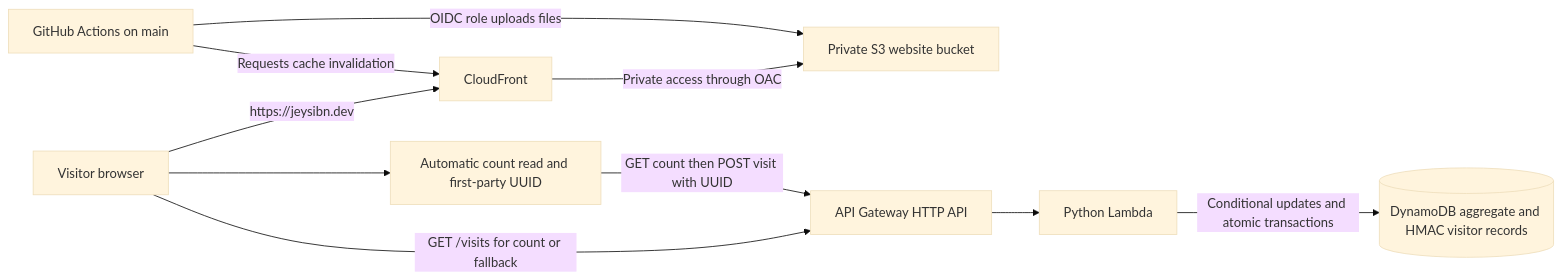
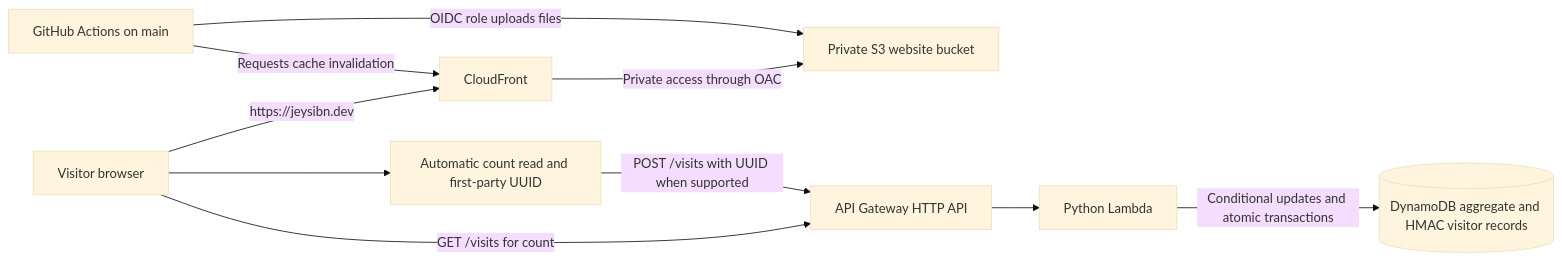
One commit to Jeysibn/cloud-resume-challenge changed the diagram in docs/architecture.md. Above: the diagram before and after it, drawn with Mermaid (base theme). The commit also changed other lines of this file, not shown here.

Commit message:
docs: refine visitor flow and cost estimates

````diff
--- a/docs/architecture.md
+++ b/docs/architecture.md
@@ -7,21 +7,21 @@
 ```mermaid
 flowchart LR
     B[Visitor browser]
     C[Automatic count read and first-party UUID]
     CF[CloudFront]
     S3[Private S3 website bucket]
     API[API Gateway HTTP API]
     L[Python Lambda]
     DB[(DynamoDB aggregate and HMAC visitor records)]
     GH[GitHub Actions on main]
 
     B -->|https://jeysibn.dev| CF
     CF -->|Private access through OAC| S3
     B --> C
-    C -->|GET count then POST visit with UUID| API
-    B -->|GET /visits for count or fallback| API
+    B -->|GET /visits for count| API
+    C -->|POST /visits with UUID when supported| API
     API --> L
     L -->|Conditional updates and atomic transactions| DB
     GH -->|OIDC role uploads files| S3
     GH -->|Requests cache invalidation| CF
 ```
````
